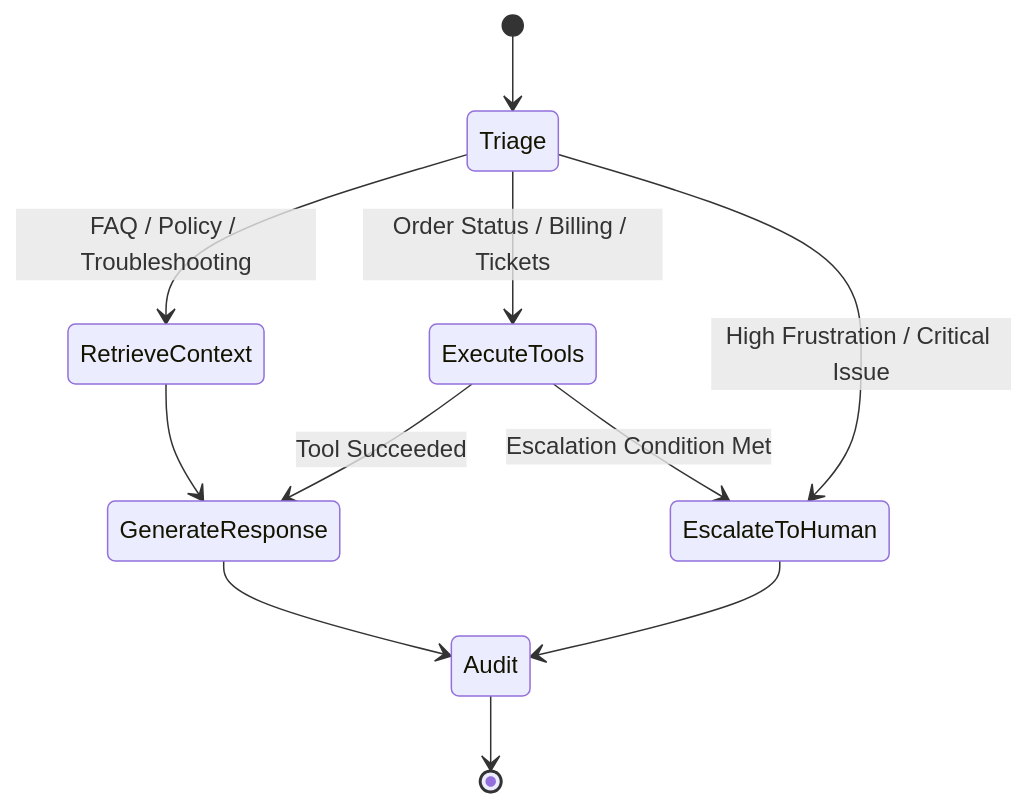
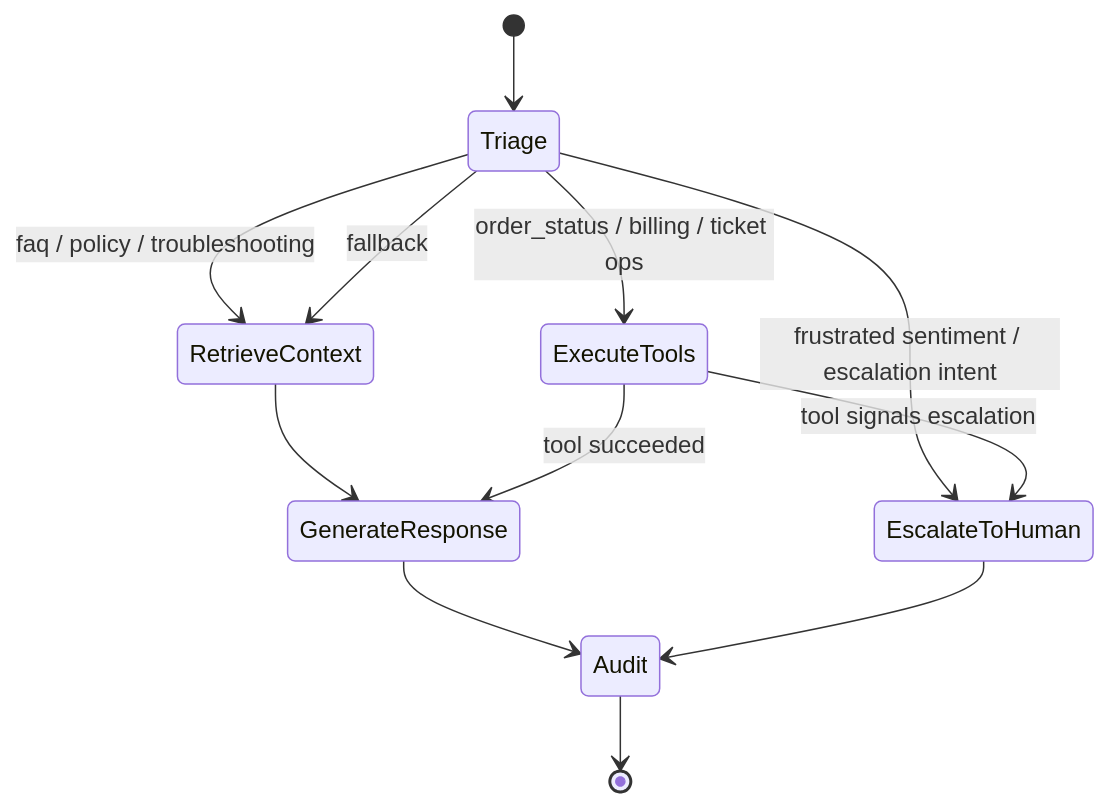
Before and after one commit to Viveksingh251/AI-Agent: the diagram in ai-support-agent/docs/architecture.md, drawn with Mermaid. The commit also changed other lines of this file and 15 other files, not shown here.

````diff
--- a/ai-support-agent/docs/architecture.md
+++ b/ai-support-agent/docs/architecture.md
@@ -7,15 +11,16 @@
 ```mermaid
 stateDiagram-v2
     [*] --> Triage
-    Triage --> RetrieveContext: FAQ / Policy / Troubleshooting
-    Triage --> ExecuteTools: Order Status / Billing / Tickets
-    Triage --> EscalateToHuman: High Frustration / Critical Issue
+    Triage --> EscalateToHuman: frustrated sentiment / escalation intent
+    Triage --> RetrieveContext: faq / policy / troubleshooting
+    Triage --> ExecuteTools: order_status / billing / ticket ops
+    Triage --> RetrieveContext: fallback
 
     RetrieveContext --> GenerateResponse
-    ExecuteTools --> GenerateResponse: Tool Succeeded
-    ExecuteTools --> EscalateToHuman: Escalation Condition Met
+    ExecuteTools --> EscalateToHuman: tool signals escalation
+    ExecuteTools --> GenerateResponse: tool succeeded
 
     GenerateResponse --> Audit
     EscalateToHuman --> Audit
     Audit --> [*]
 ```
````
